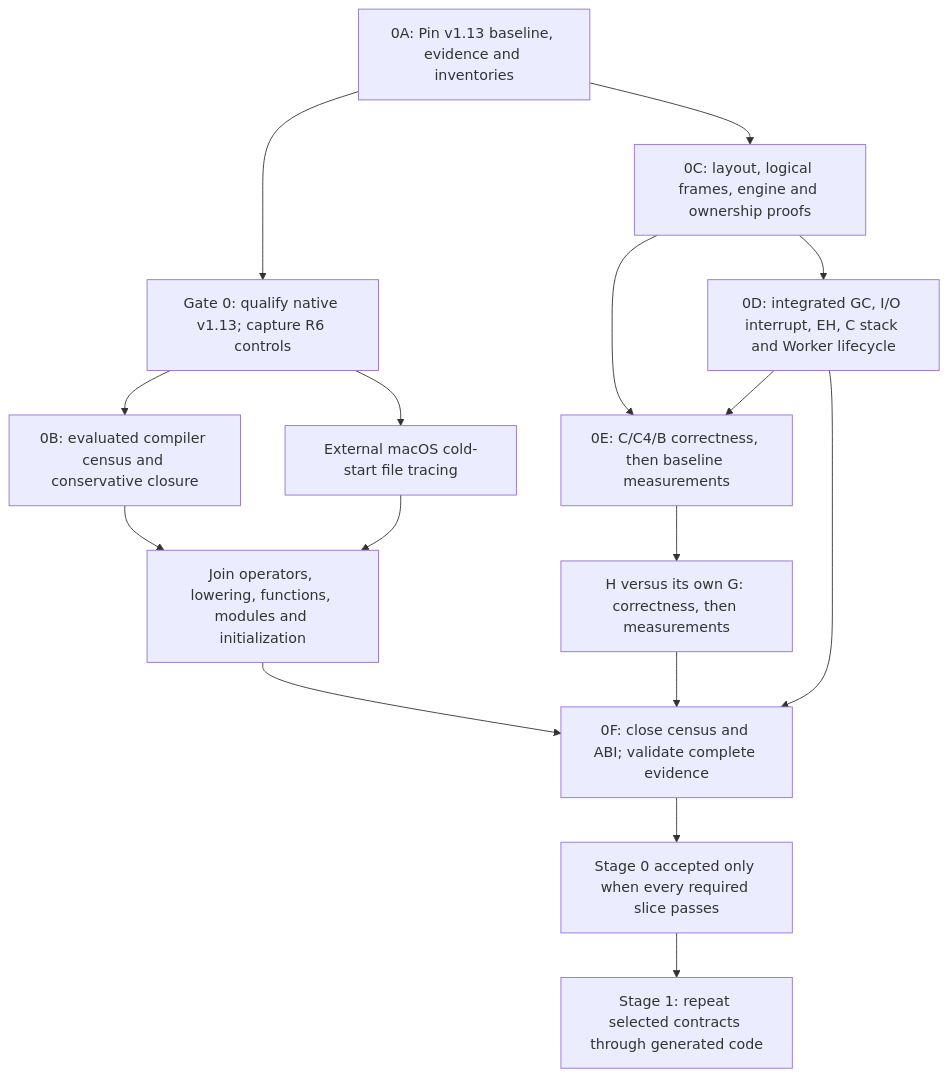
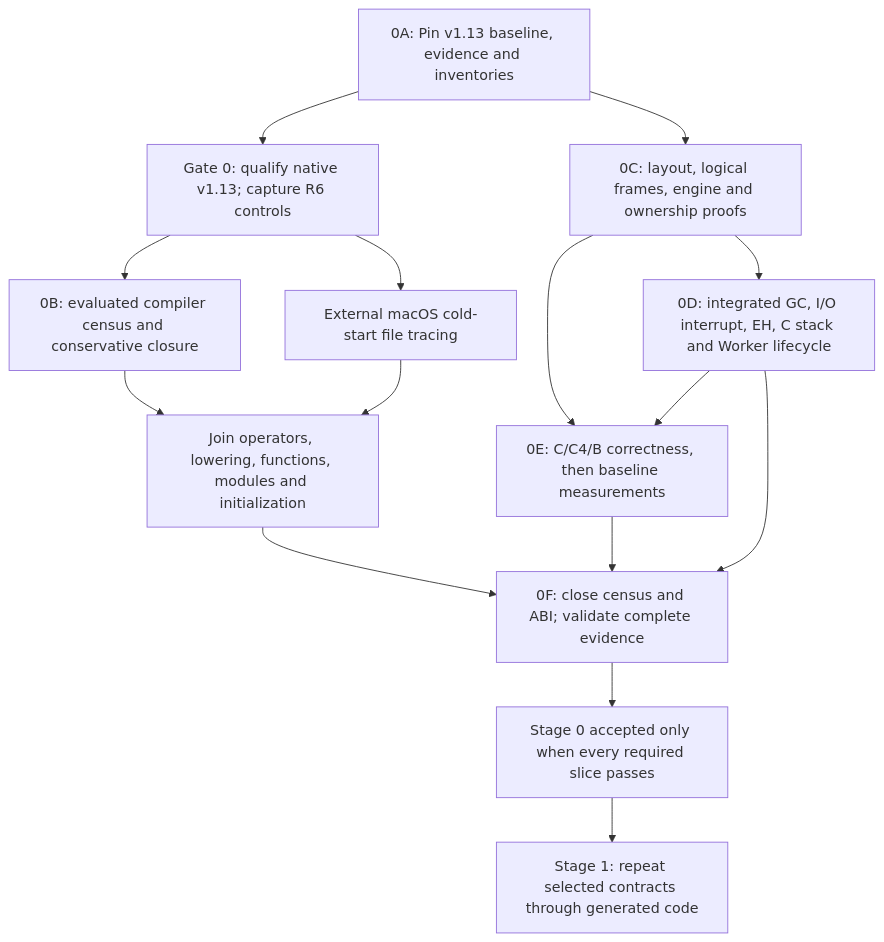
One commit to snethert/ccl changed the diagram in doc/WASM/workflow.md. Above: the diagram before and after it, drawn with Mermaid. The commit also changed other lines of this file and 37 other files, not shown here.

````diff
--- a/doc/WASM/workflow.md
+++ b/doc/WASM/workflow.md
@@ -5,19 +5,18 @@
 ```mermaid
 flowchart TD
     A[0A: Pin v1.13 baseline, evidence and inventories]
     A --> G[Gate 0: qualify native v1.13; capture R6 controls]
     G --> C[0B: evaluated compiler census and conservative closure]
     G --> T[External macOS cold-start file tracing]
     C --> J[Join operators, lowering, functions, modules and initialization]
     T --> J
     A --> P[0C: layout, logical frames, engine and ownership proofs]
     P --> I[0D: integrated GC, I/O interrupt, EH, C stack and Worker lifecycle]
     P --> B[0E: C/C4/B correctness, then baseline measurements]
     I --> B
-    B --> H[H versus its own G: correctness, then measurements]
     J --> Q[0F: close census and ABI; validate complete evidence]
-    H --> Q
+    B --> Q
     I --> Q
     Q --> S[Stage 0 accepted only when every required slice passes]
     S --> N[Stage 1: repeat selected contracts through generated code]
 ```
````
